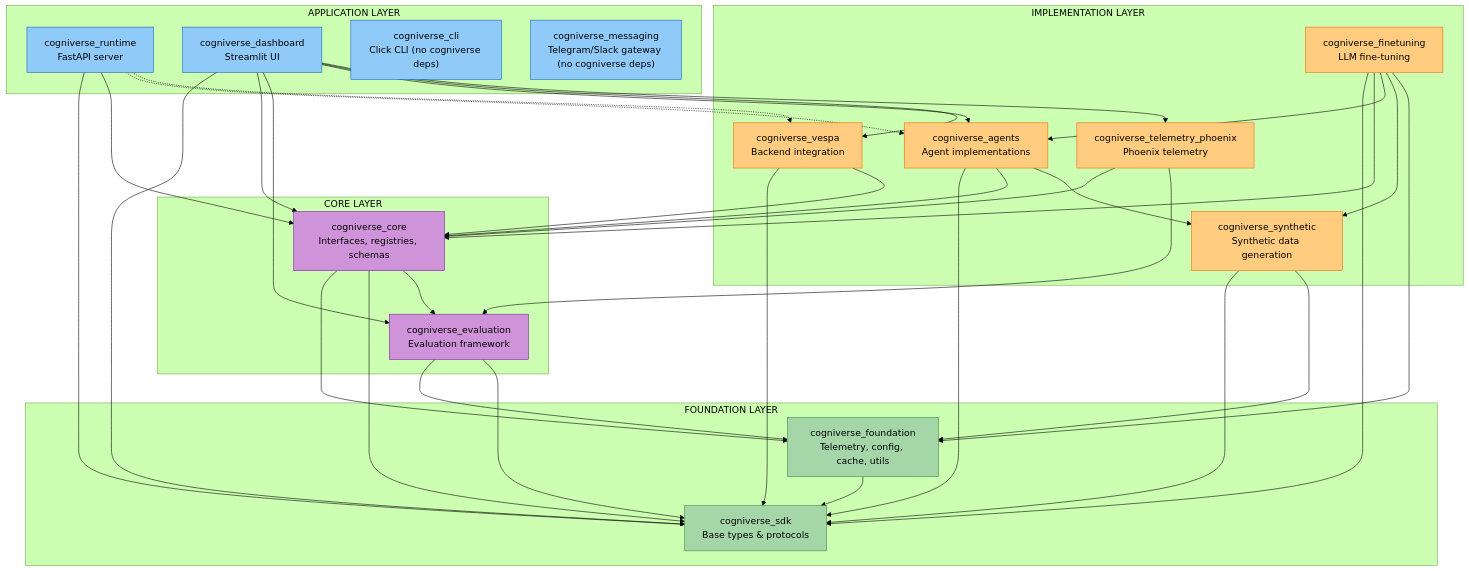
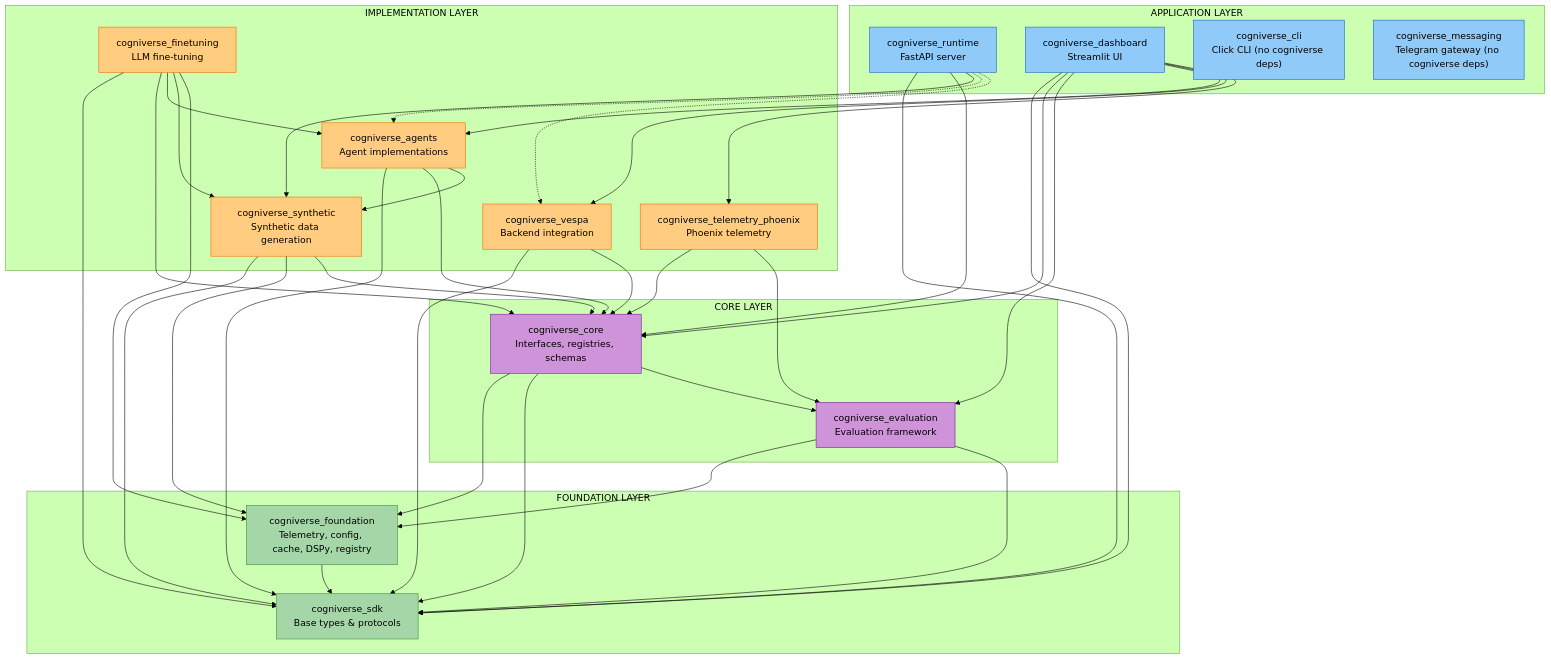
The diagram in docs/development/package-dev.md (amit-jain/cogniverse), drawn with Mermaid (forest theme) before and after one commit. The commit also changed other lines of this file and 50 other files, not shown here.

First line of the commit message:
Complete and verify docs against code with mermaid palette

````diff
--- a/docs/development/package-dev.md
+++ b/docs/development/package-dev.md
@@ -180,74 +193,76 @@
 ```mermaid
 flowchart TB
     subgraph Foundation["<span style='color:#000'>FOUNDATION LAYER</span>"]
         SDK["<span style='color:#000'>cogniverse_sdk<br/>Base types & protocols</span>"]
-        FoundationPkg["<span style='color:#000'>cogniverse_foundation<br/>Telemetry, config, cache, utils</span>"]
+        FoundationPkg["<span style='color:#000'>cogniverse_foundation<br/>Telemetry, config, cache, DSPy, registry</span>"]
     end
 
     subgraph Core["<span style='color:#000'>CORE LAYER</span>"]
         Evaluation["<span style='color:#000'>cogniverse_evaluation<br/>Evaluation framework</span>"]
         CorePkg["<span style='color:#000'>cogniverse_core<br/>Interfaces, registries, schemas</span>"]
     end
 
     subgraph Implementation["<span style='color:#000'>IMPLEMENTATION LAYER</span>"]
         TelemetryPhoenix["<span style='color:#000'>cogniverse_telemetry_phoenix<br/>Phoenix telemetry</span>"]
         Agents["<span style='color:#000'>cogniverse_agents<br/>Agent implementations</span>"]
         Vespa["<span style='color:#000'>cogniverse_vespa<br/>Backend integration</span>"]
         Synthetic["<span style='color:#000'>cogniverse_synthetic<br/>Synthetic data generation</span>"]
         Finetuning["<span style='color:#000'>cogniverse_finetuning<br/>LLM fine-tuning</span>"]
     end
 
     subgraph Application["<span style='color:#000'>APPLICATION LAYER</span>"]
         Runtime["<span style='color:#000'>cogniverse_runtime<br/>FastAPI server</span>"]
         Dashboard["<span style='color:#000'>cogniverse_dashboard<br/>Streamlit UI</span>"]
         CLI["<span style='color:#000'>cogniverse_cli<br/>Click CLI (no cogniverse deps)</span>"]
-        Messaging["<span style='color:#000'>cogniverse_messaging<br/>Telegram/Slack gateway (no cogniverse deps)</span>"]
+        Messaging["<span style='color:#000'>cogniverse_messaging<br/>Telegram gateway (no cogniverse deps)</span>"]
     end
 
     FoundationPkg --> SDK
     Evaluation --> FoundationPkg
     Evaluation --> SDK
     CorePkg --> FoundationPkg
     CorePkg --> SDK
     CorePkg --> Evaluation
 
     TelemetryPhoenix --> CorePkg
     TelemetryPhoenix --> Evaluation
     Agents --> SDK
     Agents --> CorePkg
     Agents --> Synthetic
     Vespa --> SDK
     Vespa --> CorePkg
     Synthetic --> SDK
     Synthetic --> FoundationPkg
+    Synthetic --> CorePkg
     Finetuning --> SDK
     Finetuning --> CorePkg
     Finetuning --> Agents
     Finetuning --> Synthetic
     Finetuning --> FoundationPkg
 
     Runtime --> SDK
     Runtime --> CorePkg
+    Runtime --> Synthetic
     Runtime -.-> Agents
     Runtime -.-> Vespa
     Dashboard --> SDK
     Dashboard --> CorePkg
     Dashboard --> Evaluation
     Dashboard --> Agents
     Dashboard --> Vespa
     Dashboard --> TelemetryPhoenix
 
     style SDK fill:#a5d6a7,stroke:#388e3c,color:#000
     style FoundationPkg fill:#a5d6a7,stroke:#388e3c,color:#000
     style Evaluation fill:#ce93d8,stroke:#7b1fa2,color:#000
     style CorePkg fill:#ce93d8,stroke:#7b1fa2,color:#000
     style TelemetryPhoenix fill:#ffcc80,stroke:#ef6c00,color:#000
     style Agents fill:#ffcc80,stroke:#ef6c00,color:#000
     style Vespa fill:#ffcc80,stroke:#ef6c00,color:#000
     style Synthetic fill:#ffcc80,stroke:#ef6c00,color:#000
     style Finetuning fill:#ffcc80,stroke:#ef6c00,color:#000
     style Runtime fill:#90caf9,stroke:#1565c0,color:#000
     style Dashboard fill:#90caf9,stroke:#1565c0,color:#000
     style CLI fill:#90caf9,stroke:#1565c0,color:#000
     style Messaging fill:#90caf9,stroke:#1565c0,color:#000
 ```
````
